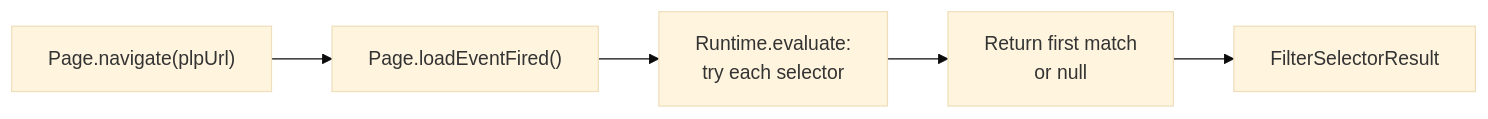
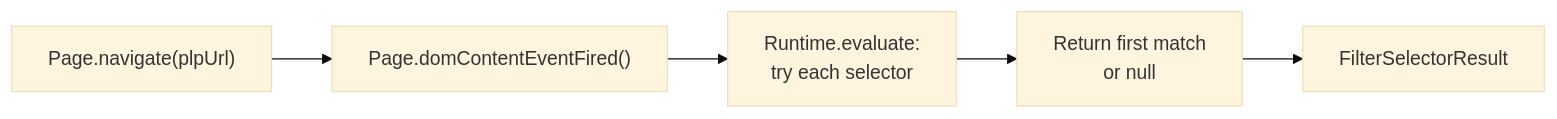
Before and after one commit to BugGreen/ai-prevetting: the diagram in docs/discover-phase1/cdp-functions/discover-filter-selector.md, drawn with Mermaid (base theme). The commit also changed other lines of this file and 6 other files, not shown here.

First line of the commit message:
fix(phase1): replace loadEventFired with Smart Wait strategy

````diff
--- a/docs/discover-phase1/cdp-functions/discover-filter-selector.md
+++ b/docs/discover-phase1/cdp-functions/discover-filter-selector.md
@@ -39,7 +39,7 @@
 ```mermaid
 flowchart LR
-    NAV["Page.navigate(plpUrl)"] --> LOAD["Page.loadEventFired()"]
-    LOAD --> EVAL["Runtime.evaluate:\ntry each selector"]
+    NAV["Page.navigate(plpUrl)"] --> DOM["Page.domContentEventFired()"]
+    DOM --> EVAL["Runtime.evaluate:\ntry each selector"]
     EVAL --> FIRST["Return first match\nor null"]
     FIRST --> OUT["FilterSelectorResult"]
 ```
````
